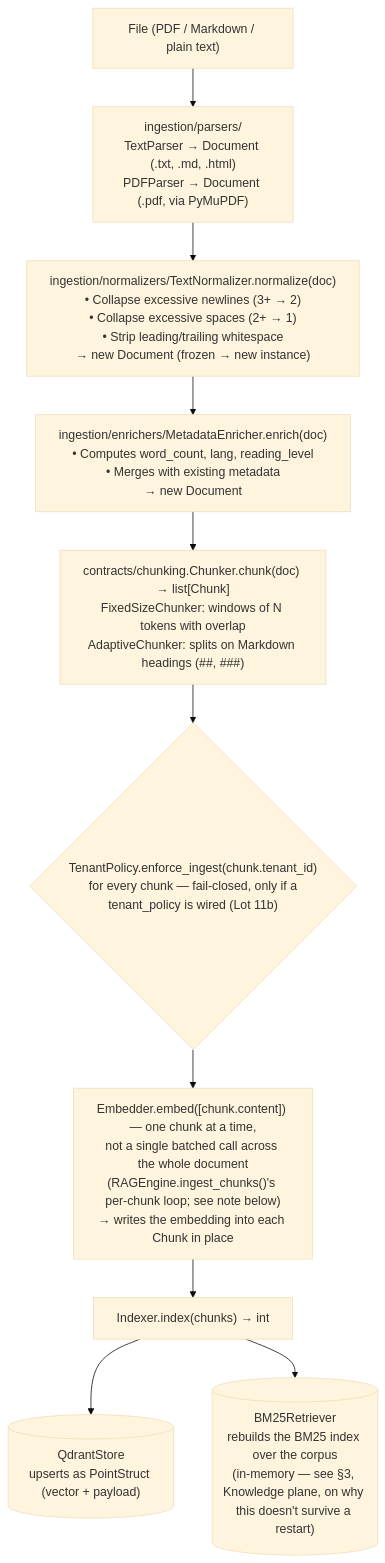
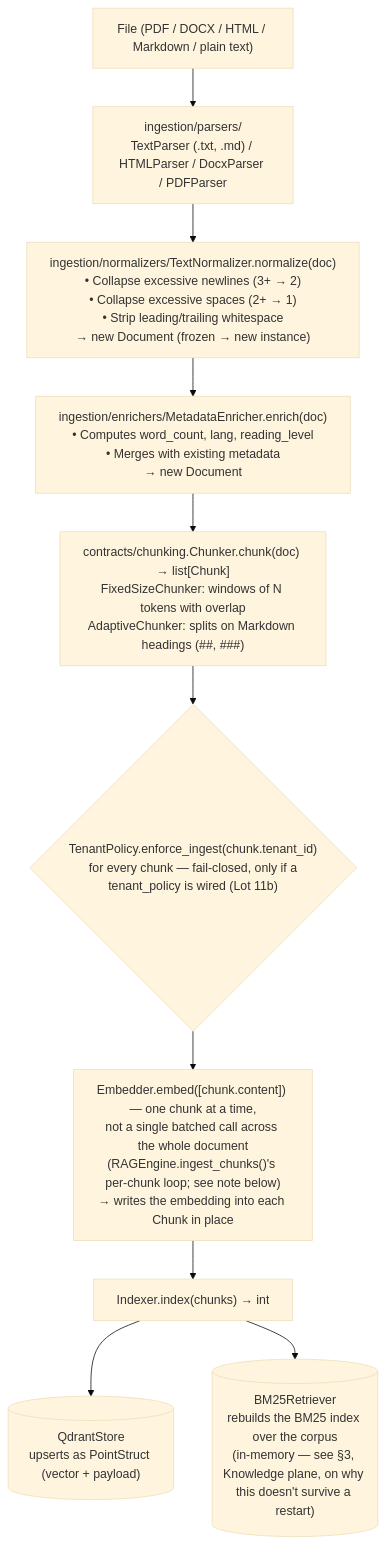
Before and after one commit to HerbertGourout/modular-rag-framework: the fourth of 5 diagrams in docs/architecture/overview.md, drawn with Mermaid. The commit also changed other lines of this file and 59 other files, not shown here.

````diff
--- a/docs/architecture/overview.md
+++ b/docs/architecture/overview.md
@@ -524,14 +530,14 @@
 ```mermaid
 %%{init: {"theme": "base"}}%%
 flowchart TD
-    File["File (PDF / Markdown / plain text)"]
-    File --> Parser["ingestion/parsers/\nTextParser → Document (.txt, .md, .html)\nPDFParser → Document (.pdf, via PyMuPDF)"]
+    File["File (PDF / DOCX / HTML / Markdown / plain text)"]
+    File --> Parser["ingestion/parsers/\nTextParser (.txt, .md) / HTMLParser / DocxParser / PDFParser"]
     Parser --> Normalize["ingestion/normalizers/TextNormalizer.normalize(doc)\n• Collapse excessive newlines (3+ → 2)\n• Collapse excessive spaces (2+ → 1)\n• Strip leading/trailing whitespace\n→ new Document (frozen → new instance)"]
     Normalize --> Enrich["ingestion/enrichers/MetadataEnricher.enrich(doc)\n• Computes word_count, lang, reading_level\n• Merges with existing metadata\n→ new Document"]
     Enrich --> Chunk["contracts/chunking.Chunker.chunk(doc) → list[Chunk]\nFixedSizeChunker: windows of N tokens with overlap\nAdaptiveChunker: splits on Markdown headings (##, ###)"]
     Chunk --> TenantCheck{"TenantPolicy.enforce_ingest(chunk.tenant_id)\nfor every chunk — fail-closed, only if a\ntenant_policy is wired (Lot 11b)"}
     TenantCheck --> Embed["Embedder.embed([chunk.content]) — one chunk at a time,\nnot a single batched call across the whole document\n(RAGEngine.ingest_chunks()'s per-chunk loop; see note below)\n→ writes the embedding into each Chunk in place"]
     Embed --> Index["Indexer.index(chunks) → int"]
     Index --> Qdrant[("QdrantStore\nupserts as PointStruct (vector + payload)")]
     Index --> BM25[("BM25Retriever\nrebuilds the BM25 index over the corpus\n(in-memory — see §3, Knowledge plane, on why this doesn't survive a restart)")]
 ```
````
